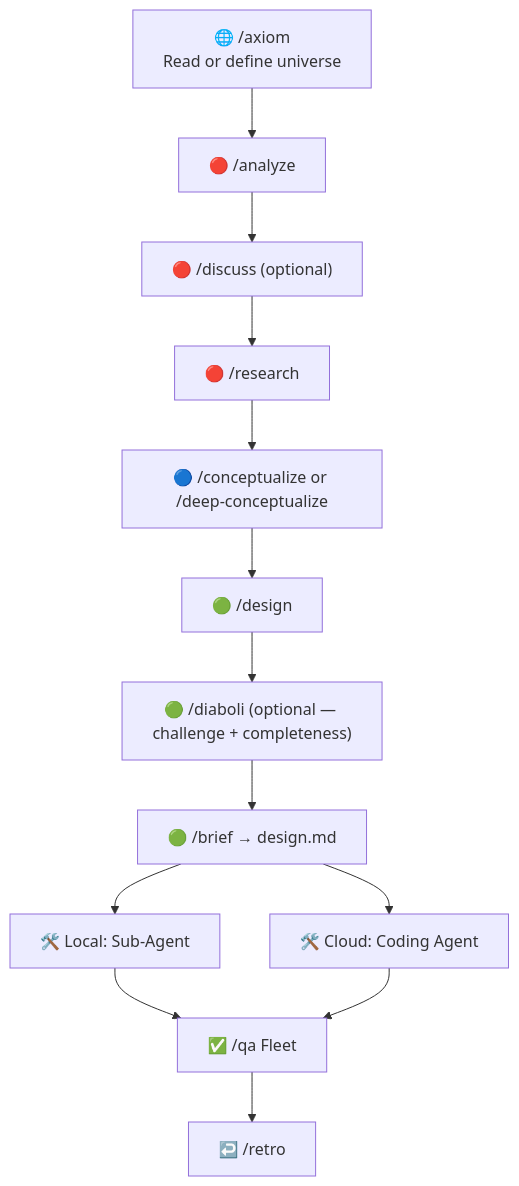
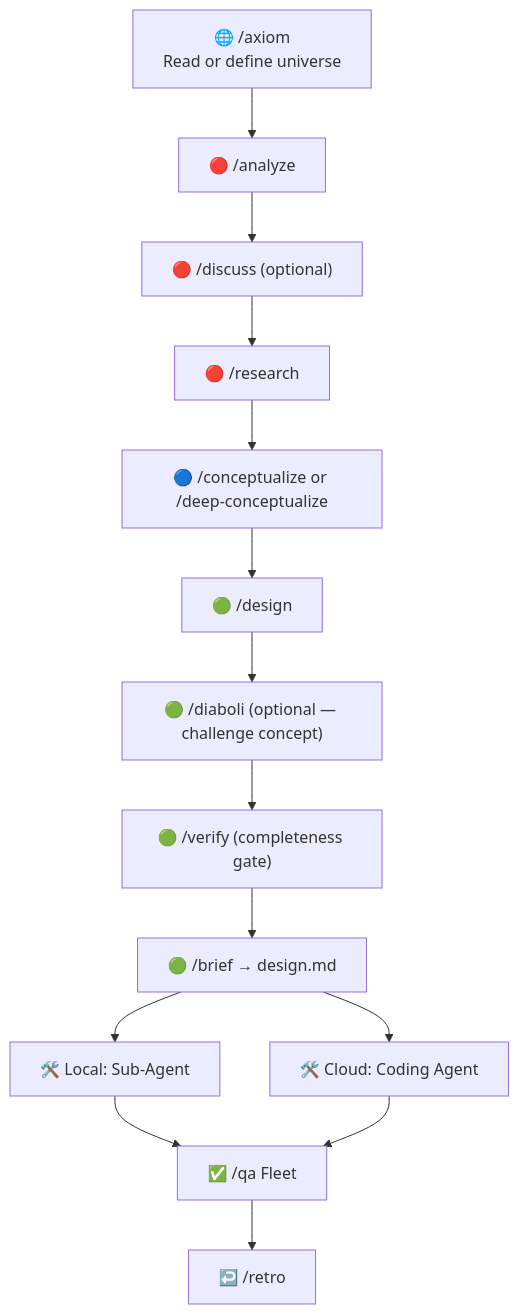
The diagram in README.md (pesteph/agentic-workflow), drawn with Mermaid before and after one commit. The commit also changed other lines of this file and 24 other files, not shown here.

````diff
--- a/README.md
+++ b/README.md
@@ -39,28 +39,30 @@
 ```mermaid
 graph TD
     AX["🌐 /axiom<br/>Read or define universe"]
     A["🔴 /analyze"]
     R["🔴 /research"]
     DI["🔴 /discuss (optional)"]
     C["🔵 /conceptualize or /deep-conceptualize"]
     DE["🟢 /design"]
-    DAB["🟢 /diaboli (optional — challenge + completeness)"]
+    DAB["🟢 /diaboli (optional — challenge concept)"]
+    VER["🟢 /verify (completeness gate)"]
     BR["🟢 /brief → design.md"]
     L["🛠️ Local: Sub-Agent"]
     CL["🛠️ Cloud: Coding Agent"]
     QA["✅ /qa Fleet"]
     RT["↩️ /retro"]
 
     AX --> A
     A --> DI
     DI --> R
     R --> C
     C --> DE
     DE --> DAB
-    DAB --> BR
+    DAB --> VER
+    VER --> BR
     BR --> L
     BR --> CL
     L --> QA
     CL --> QA
     QA --> RT
 ```
````
